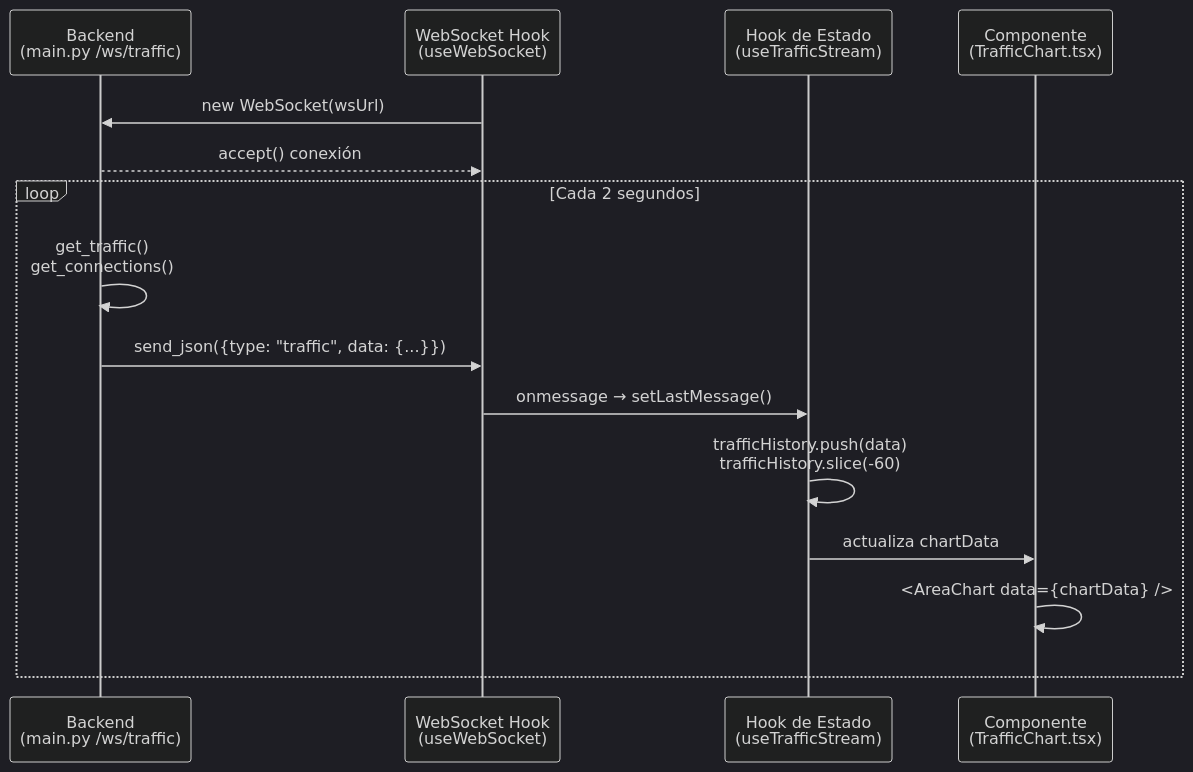
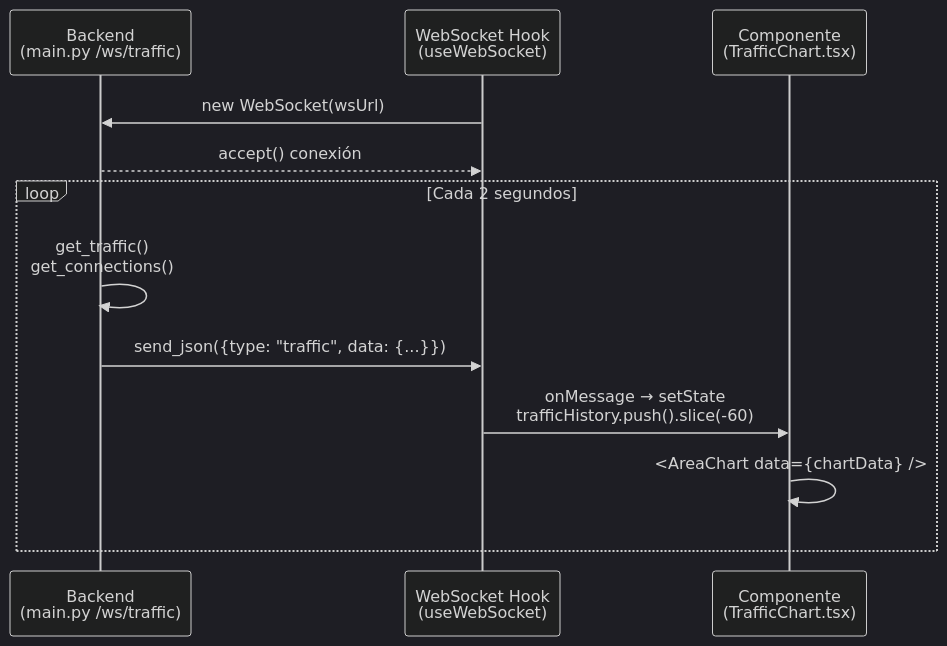
One commit to ZnivekZ/demoNetShield changed the diagram in frontend/CONTEXT.md. Above: the diagram before and after it, drawn with Mermaid (dark theme). The commit also changed other lines of this file and 83 other files, not shown here.

````diff
--- a/frontend/CONTEXT.md
+++ b/frontend/CONTEXT.md
@@ -98,19 +288,16 @@
 ```mermaid
 sequenceDiagram
     participant B as Backend<br/>(main.py /ws/traffic)
     participant WS as WebSocket Hook<br/>(useWebSocket)
-    participant TS as Hook de Estado<br/>(useTrafficStream)
     participant C as Componente<br/>(TrafficChart.tsx)
 
     WS->>B: new WebSocket(wsUrl)
     B-->>WS: accept() conexión
     
     loop Cada 2 segundos
         B->>B: get_traffic()<br/>get_connections()
         B->>WS: send_json({type: "traffic", data: {...}})
-        WS->>TS: onmessage → setLastMessage()
-        TS->>TS: trafficHistory.push(data)<br/>trafficHistory.slice(-60)
-        TS->>C: actualiza chartData
+        WS->>C: onMessage → setState<br/>trafficHistory.push().slice(-60)
         C->>C: <AreaChart data={chartData} />
     end
 ```
````
